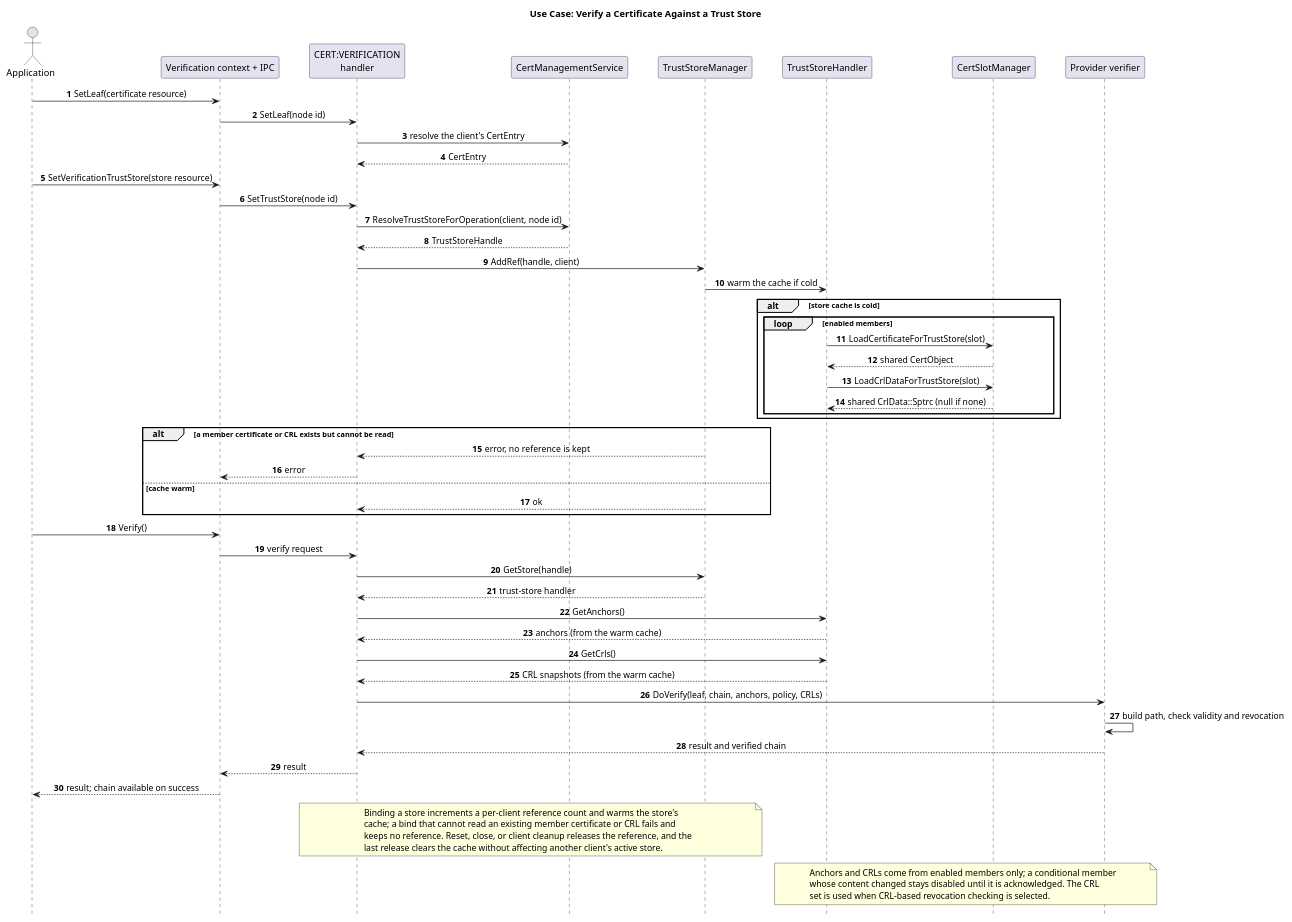
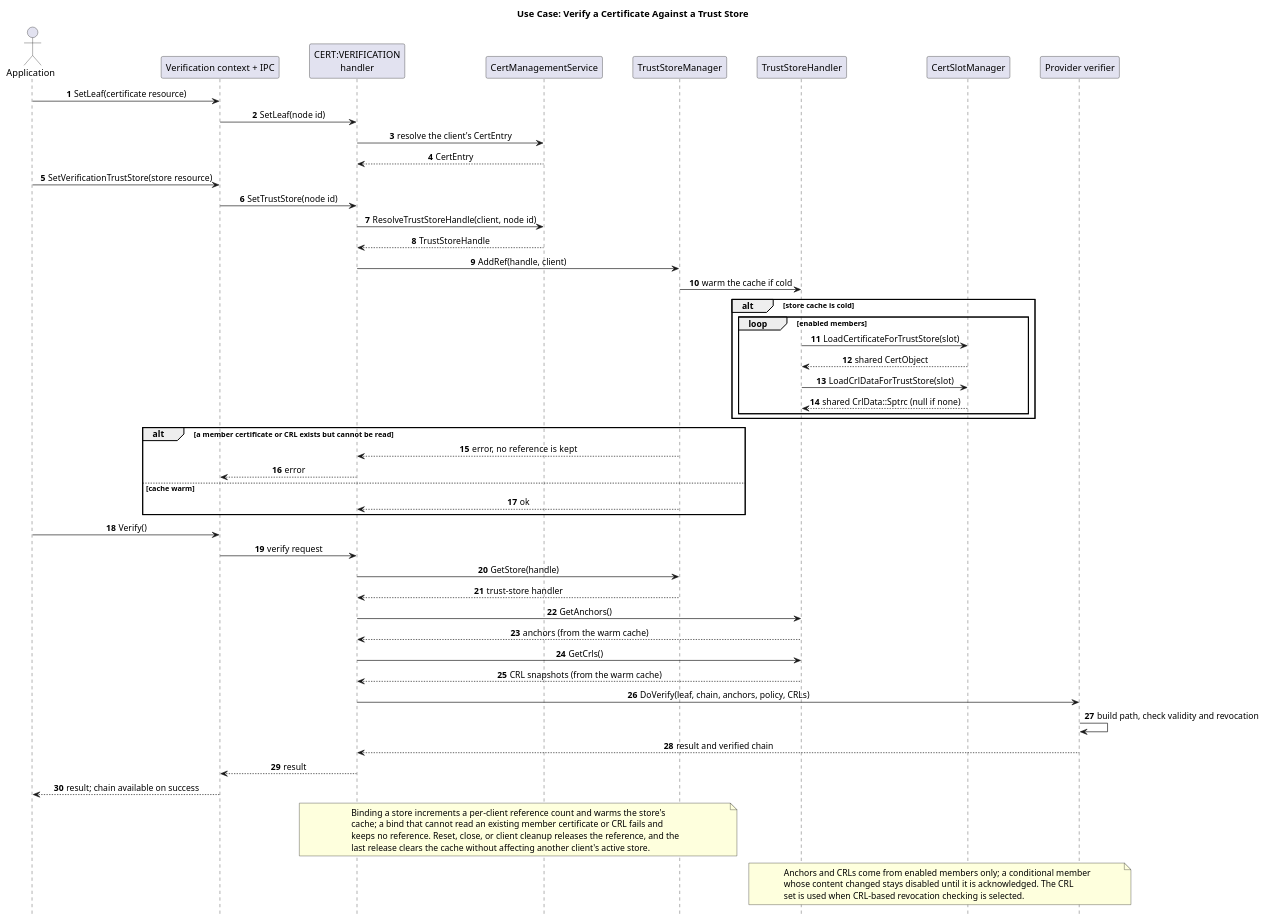
The diagram in score/crypto/src/daemon/cert_management/docs/detailed_design/uc_certificate_verification.puml (eclipse-score/inc_security_crypto), drawn with PlantUML before and after one commit. The commit also changed 52 other files, not shown here.

```diff
--- a/score/crypto/src/daemon/cert_management/docs/detailed_design/uc_certificate_verification.puml
+++ b/score/crypto/src/daemon/cert_management/docs/detailed_design/uc_certificate_verification.puml
@@ -14,71 +14,71 @@
 @startuml uc_certificate_verification
 title Use Case: Verify a Certificate Against a Trust Store
 autonumber
 hide footbox
 skinparam shadowing false
 skinparam defaultFontName Arial
 skinparam ParticipantPadding 18
 skinparam sequenceMessageAlign center
 
 actor Application as App
 participant "Verification context + IPC" as Context
 participant "CERT:VERIFICATION\nhandler" as Handler
 participant "CertManagementService" as Service
 participant "TrustStoreManager" as TrustManager
 participant "TrustStoreHandler" as StoreHandler
 participant "CertSlotManager" as SlotManager
 participant "Provider verifier" as Verifier
 
 App -> Context : SetLeaf(certificate resource)
 Context -> Handler : SetLeaf(node id)
 Handler -> Service : resolve the client's CertEntry
 Service --> Handler : CertEntry
 
 App -> Context : SetVerificationTrustStore(store resource)
 Context -> Handler : SetTrustStore(node id)
-Handler -> Service : ResolveTrustStoreForOperation(client, node id)
+Handler -> Service : ResolveTrustStoreHandle(client, node id)
 Service --> Handler : TrustStoreHandle
 Handler -> TrustManager : AddRef(handle, client)
 TrustManager -> StoreHandler : warm the cache if cold
 alt store cache is cold
   loop enabled members
     StoreHandler -> SlotManager : LoadCertificateForTrustStore(slot)
     SlotManager --> StoreHandler : shared CertObject
     StoreHandler -> SlotManager : LoadCrlDataForTrustStore(slot)
     SlotManager --> StoreHandler : shared CrlData::Sptrc (null if none)
   end
 end
 alt a member certificate or CRL exists but cannot be read
   TrustManager --> Handler : error, no reference is kept
   Handler --> Context : error
 else cache warm
   TrustManager --> Handler : ok
 end
 
 App -> Context : Verify()
 Context -> Handler : verify request
 Handler -> TrustManager : GetStore(handle)
 TrustManager --> Handler : trust-store handler
 Handler -> StoreHandler : GetAnchors()
 StoreHandler --> Handler : anchors (from the warm cache)
 Handler -> StoreHandler : GetCrls()
 StoreHandler --> Handler : CRL snapshots (from the warm cache)
 Handler -> Verifier : DoVerify(leaf, chain, anchors, policy, CRLs)
 Verifier -> Verifier : build path, check validity and revocation
 Verifier --> Handler : result and verified chain
 Handler --> Context : result
 Context --> App : result; chain available on success
 
 note over Handler, TrustManager
   Binding a store increments a per-client reference count and warms the store's
   cache; a bind that cannot read an existing member certificate or CRL fails and
   keeps no reference. Reset, close, or client cleanup releases the reference, and the
   last release clears the cache without affecting another client's active store.
 end note
 
 note over StoreHandler, Verifier
   Anchors and CRLs come from enabled members only; a conditional member
   whose content changed stays disabled until it is acknowledged. The CRL
   set is used when CRL-based revocation checking is selected.
 end note
 @enduml
```
